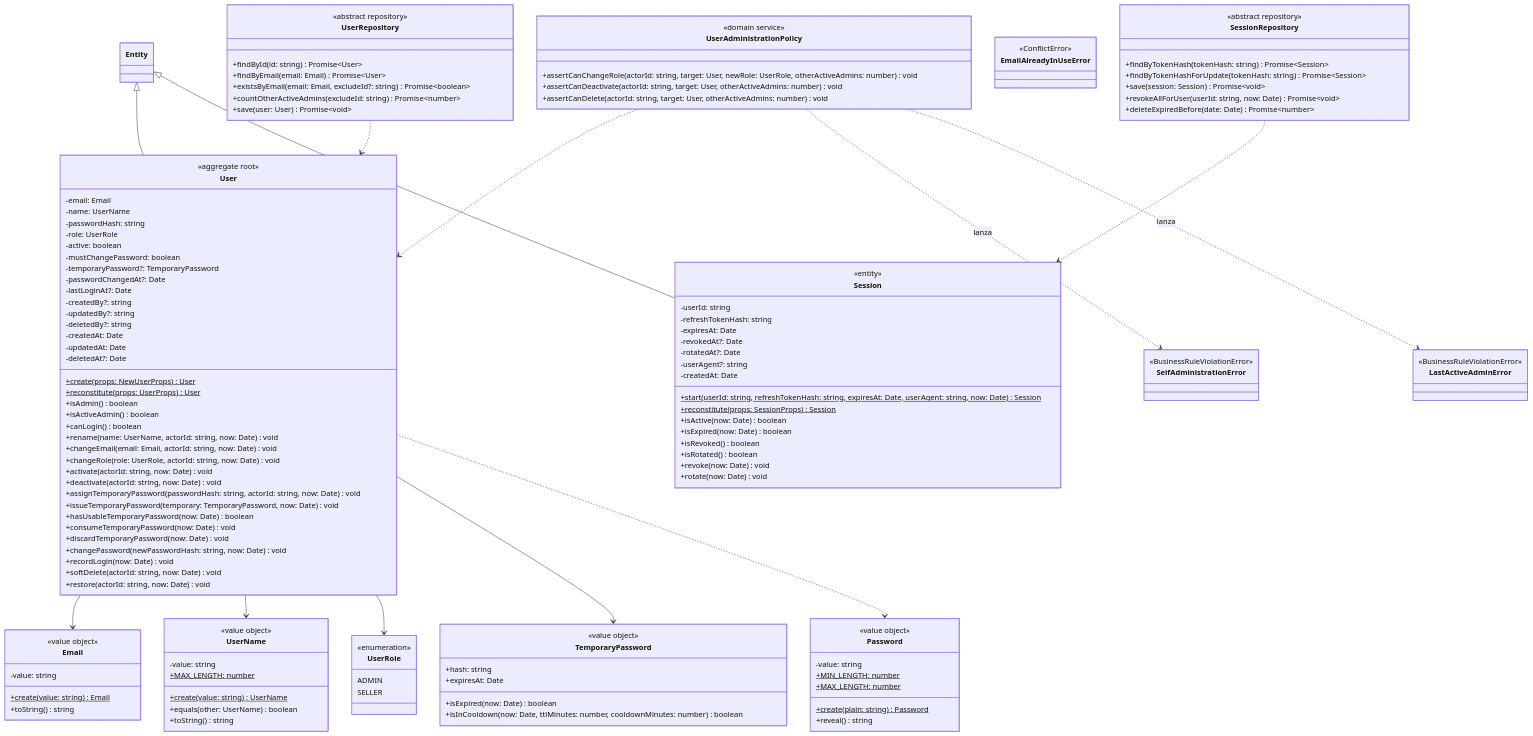
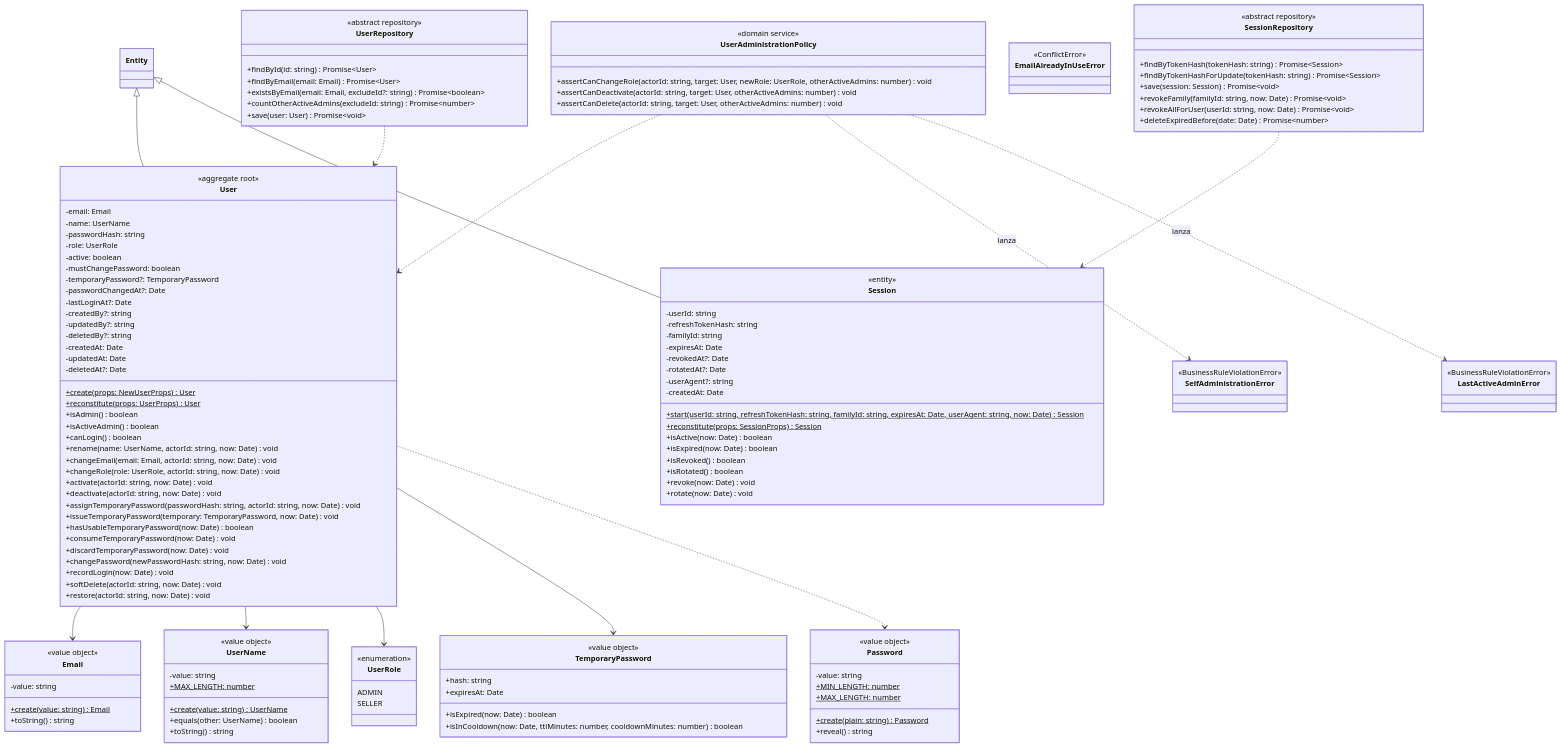
One commit to FrancoGhilardi/TFI-TUP-Ghilardi-Chiaravalloti changed the third of 11 diagrams in backend/docs/Backend.md. Above: the diagram before and after it, drawn with Mermaid. The commit also changed other lines of this file and 27 other files, not shown here.

```diff
--- a/backend/docs/Backend.md
+++ b/backend/docs/Backend.md
@@ -534,12 +534,13 @@
         <<entity>>
         -userId: string
         -refreshTokenHash: string
+        -familyId: string
         -expiresAt: Date
         -revokedAt?: Date
         -rotatedAt?: Date
         -userAgent?: string
         -createdAt: Date
-        +start(userId: string, refreshTokenHash: string, expiresAt: Date, userAgent: string, now: Date)$ Session
+        +start(userId: string, refreshTokenHash: string, familyId: string, expiresAt: Date, userAgent: string, now: Date)$ Session
         +reconstitute(props: SessionProps)$ Session
         +isActive(now: Date) boolean
         +isExpired(now: Date) boolean
@@ -570,6 +571,7 @@
         +findByTokenHash(tokenHash: string) Promise~Session~
         +findByTokenHashForUpdate(tokenHash: string) Promise~Session~
         +save(session: Session) Promise~void~
+        +revokeFamily(familyId: string, now: Date) Promise~void~
         +revokeAllForUser(userId: string, now: Date) Promise~void~
         +deleteExpiredBefore(date: Date) Promise~number~
     }
```
